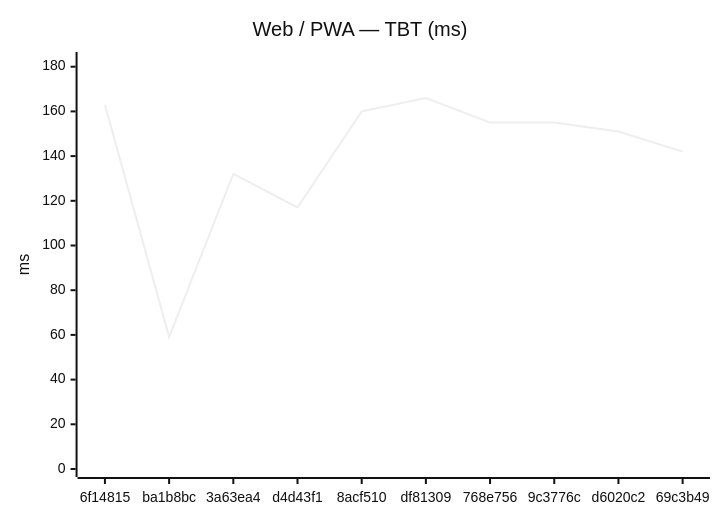
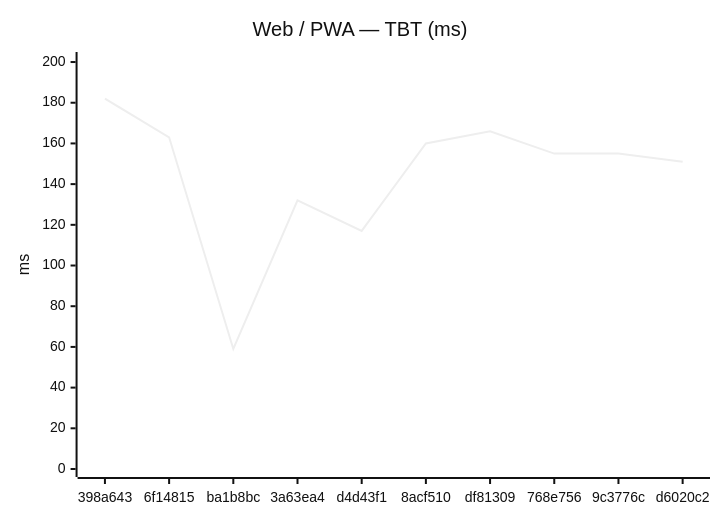
Before and after one commit to Metaheurist/Rianell: the second of 18 diagrams in benchmarks/compare.md, drawn with Mermaid (neutral theme). The commit also changed other lines of this file and 11 other files, not shown here.

````diff
--- a/benchmarks/compare.md
+++ b/benchmarks/compare.md
@@ -31,7 +31,7 @@
 ```mermaid
 xychart-beta
     title "Web / PWA — TBT (ms)"
-    x-axis ["6f14815", "ba1b8bc", "3a63ea4", "d4d43f1", "8acf510", "df81309", "768e756", "9c3776c", "d6020c2", "69c3b49"]
-    y-axis "ms" 0 --> 183
-    line [163, 59, 132, 117, 160, 166, 155, 155, 151, 142]
+    x-axis ["398a643", "6f14815", "ba1b8bc", "3a63ea4", "d4d43f1", "8acf510", "df81309", "768e756", "9c3776c", "d6020c2"]
+    y-axis "ms" 0 --> 201
+    line [182, 163, 59, 132, 117, 160, 166, 155, 155, 151]
 ```
````
